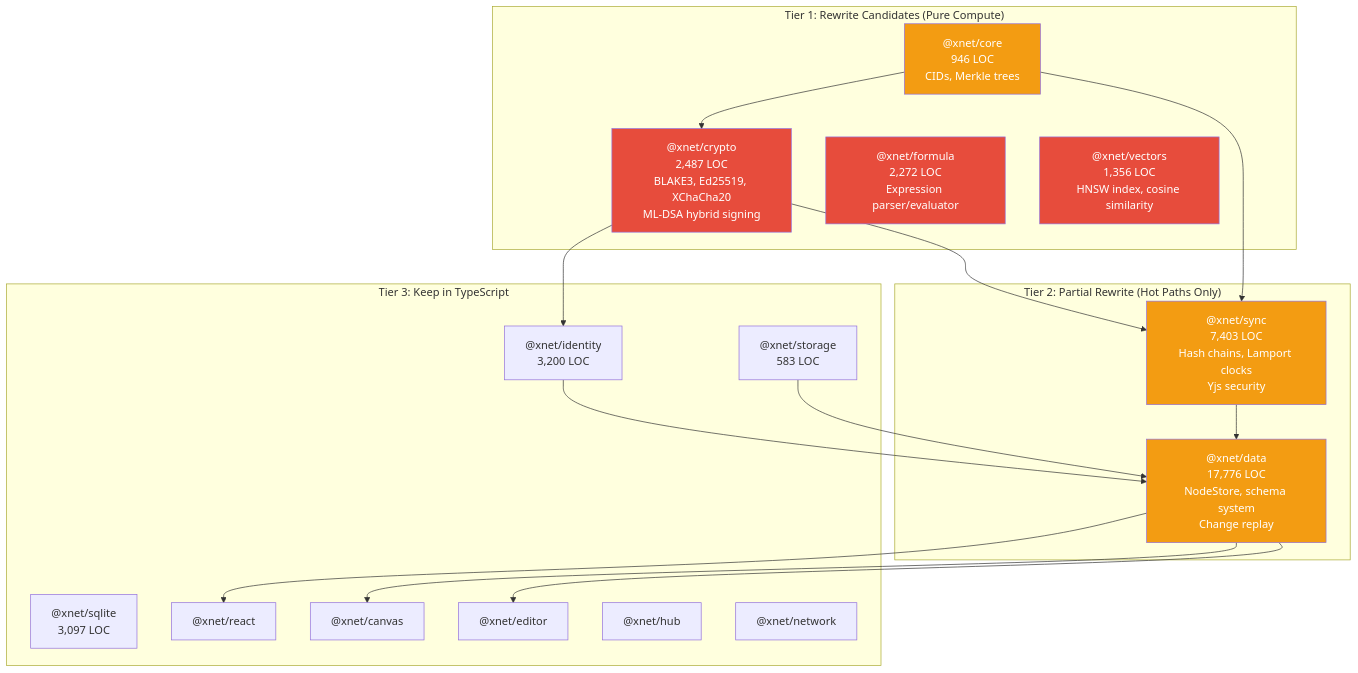
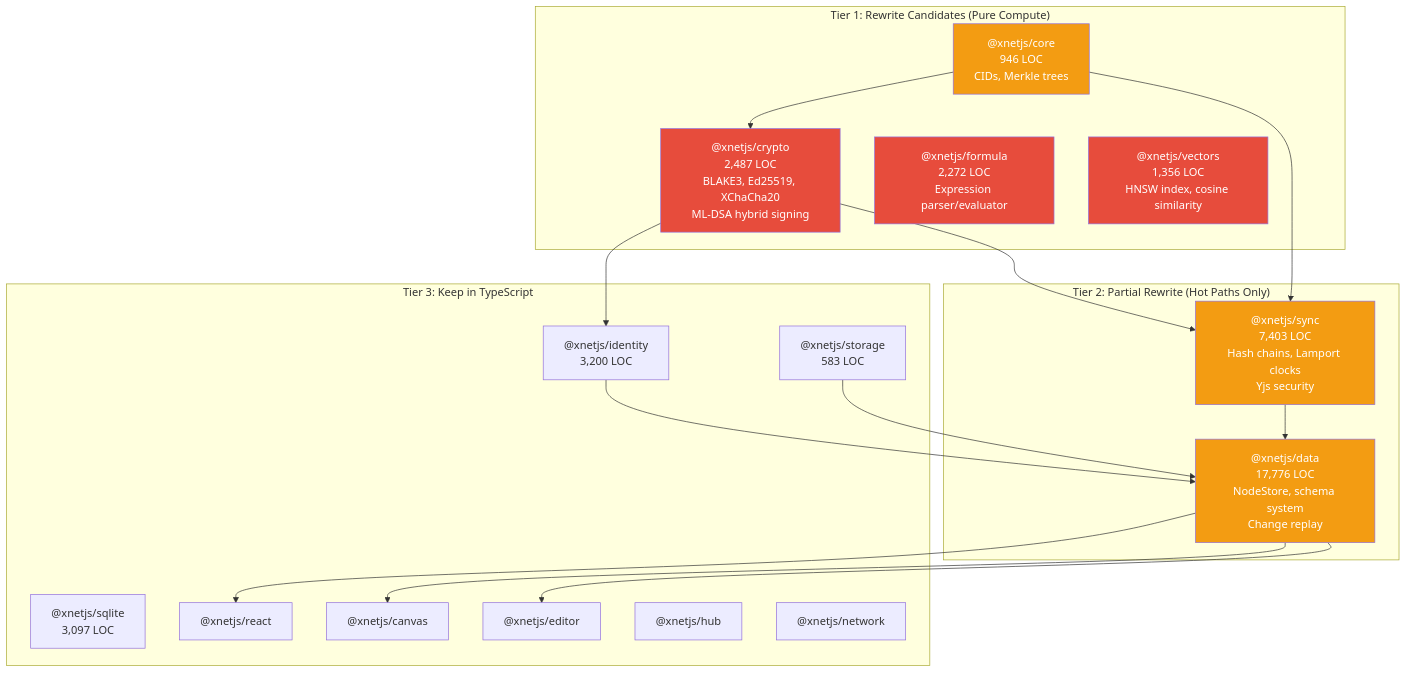
Before and after one commit to crs48/xNet: the second of 13 diagrams in docs/explorations/0086_[_]_NATIVE_REWRITE_ZIG_RUST.md, drawn with Mermaid. The commit also changed other lines of this file and 980 other files, not shown here.

````diff
--- a/docs/explorations/0086_[_]_NATIVE_REWRITE_ZIG_RUST.md
+++ b/docs/explorations/0086_[_]_NATIVE_REWRITE_ZIG_RUST.md
@@ -53,43 +53,43 @@
 ```mermaid
 flowchart TD
     subgraph "Tier 1: Rewrite Candidates (Pure Compute)"
-        crypto["@xnet/crypto\n2,487 LOC\nBLAKE3, Ed25519, XChaCha20\nML-DSA hybrid signing"]
-        core["@xnet/core\n946 LOC\nCIDs, Merkle trees"]
-        formula["@xnet/formula\n2,272 LOC\nExpression parser/evaluator"]
-        vectors["@xnet/vectors\n1,356 LOC\nHNSW index, cosine similarity"]
+        crypto["@xnetjs/crypto\n2,487 LOC\nBLAKE3, Ed25519, XChaCha20\nML-DSA hybrid signing"]
+        core["@xnetjs/core\n946 LOC\nCIDs, Merkle trees"]
+        formula["@xnetjs/formula\n2,272 LOC\nExpression parser/evaluator"]
+        vectors["@xnetjs/vectors\n1,356 LOC\nHNSW index, cosine similarity"]
     end
 
     subgraph "Tier 2: Partial Rewrite (Hot Paths Only)"
-        sync["@xnet/sync\n7,403 LOC\nHash chains, Lamport clocks\nYjs security"]
-        data["@xnet/data\n17,776 LOC\nNodeStore, schema system\nChange replay"]
+        sync["@xnetjs/sync\n7,403 LOC\nHash chains, Lamport clocks\nYjs security"]
+        data["@xnetjs/data\n17,776 LOC\nNodeStore, schema system\nChange replay"]
     end
 
     subgraph "Tier 3: Keep in TypeScript"
-        identity["@xnet/identity\n3,200 LOC"]
-        storage["@xnet/storage\n583 LOC"]
-        sqlite["@xnet/sqlite\n3,097 LOC"]
-        react["@xnet/react"]
-        editor["@xnet/editor"]
-        canvas["@xnet/canvas"]
-        hub["@xnet/hub"]
-        network["@xnet/network"]
+        identity["@xnetjs/identity\n3,200 LOC"]
+        storage["@xnetjs/storage\n583 LOC"]
+        sqlite["@xnetjs/sqlite\n3,097 LOC"]
+        react["@xnetjs/react"]
+        editor["@xnetjs/editor"]
+        canvas["@xnetjs/canvas"]
+        hub["@xnetjs/hub"]
+        network["@xnetjs/network"]
     end
 
     core --> crypto
     crypto --> identity
     core --> sync
     crypto --> sync
     identity --> data
     sync --> data
     storage --> data
     data --> react
     data --> canvas
     data --> editor
 
     style crypto fill:#e74c3c,color:#fff
     style formula fill:#e74c3c,color:#fff
     style vectors fill:#e74c3c,color:#fff
     style core fill:#f39c12,color:#fff
     style sync fill:#f39c12,color:#fff
     style data fill:#f39c12,color:#fff
 ```
````
